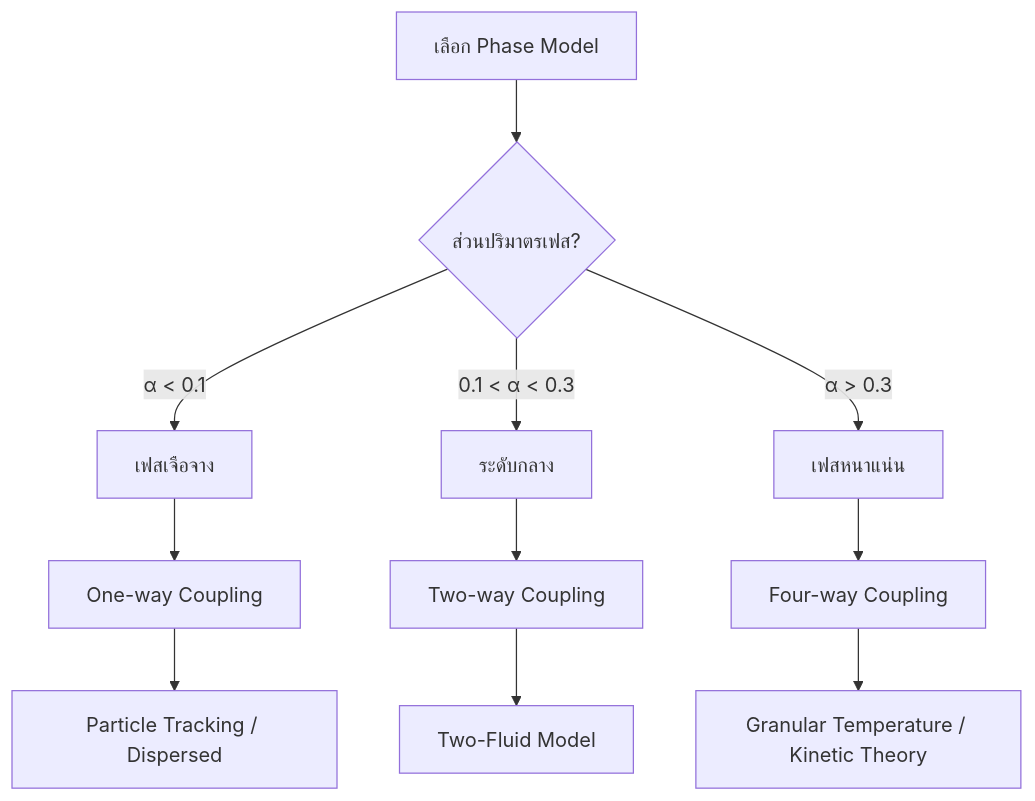
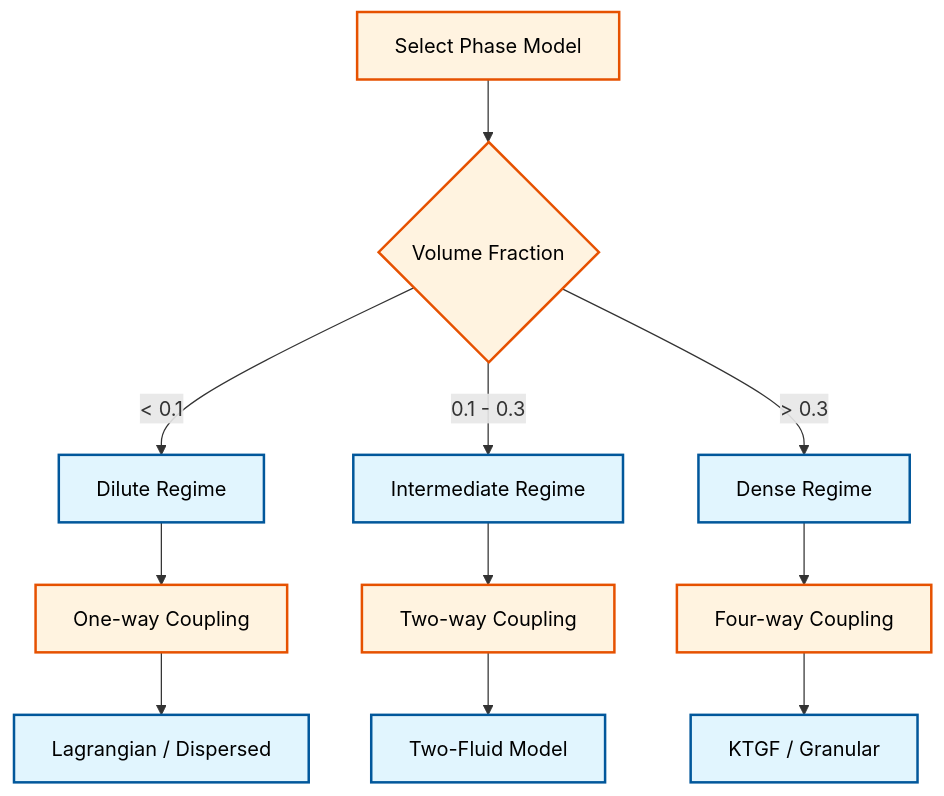
Before and after one commit to wramet/build-my-cfd: the fifth of 6 diagrams in MODULE_04_MULTIPHASE_FUNDAMENTALS/CONTENT/08_MODEL_SELECTION/05_Model_Selection_Flowchart.md, drawn with Mermaid. The commit also changed other lines of this file and 313 other files, not shown here.

Commit message:
Revise all diagram

````diff
--- a/MODULE_04_MULTIPHASE_FUNDAMENTALS/CONTENT/08_MODEL_SELECTION/05_Model_Selection_Flowchart.md
+++ b/MODULE_04_MULTIPHASE_FUNDAMENTALS/CONTENT/08_MODEL_SELECTION/05_Model_Selection_Flowchart.md
@@ -874,16 +869,15 @@
 ```mermaid
 flowchart TD
-    Start[เลือก Phase Model] --> Alpha{ส่วนปริมาตรเฟส?}
-
-    Alpha -->|α < 0.1| Dilute[เฟสเจือจาง]
-    Alpha -->|0.1 < α < 0.3| Intermediate[ระดับกลาง]
-    Alpha -->|α > 0.3| Dense[เฟสหนาแน่น]
-
-    Dilute --> D1[One-way Coupling]
-    Intermediate --> I1[Two-way Coupling]
-    Dense --> D2[Four-way Coupling]
-
-    D1 --> D1a[Particle Tracking / Dispersed]
-    I1 --> I1a[Two-Fluid Model]
-    D2 --> D2a[Granular Temperature / Kinetic Theory]
+classDef implicit fill:#e1f5fe,stroke:#01579b,stroke-width:2px,color:#000
+classDef explicit fill:#fff3e0,stroke:#e65100,stroke-width:2px,color:#000
+Start[Select Phase Model]:::explicit --> Alpha{Volume Fraction}:::explicit
+Alpha -->|< 0.1| Dilute[Dilute Regime]:::implicit
+Alpha -->|0.1 - 0.3| Intermediate[Intermediate Regime]:::implicit
+Alpha -->|> 0.3| Dense[Dense Regime]:::implicit
+Dilute --> D1[One-way Coupling]:::explicit
+Intermediate --> I1[Two-way Coupling]:::explicit
+Dense --> D2[Four-way Coupling]:::explicit
+D1 --> D1a[Lagrangian / Dispersed]:::implicit
+I1 --> I1a[Two-Fluid Model]:::implicit
+D2 --> D2a[KTGF / Granular]:::implicit
 ```
````
